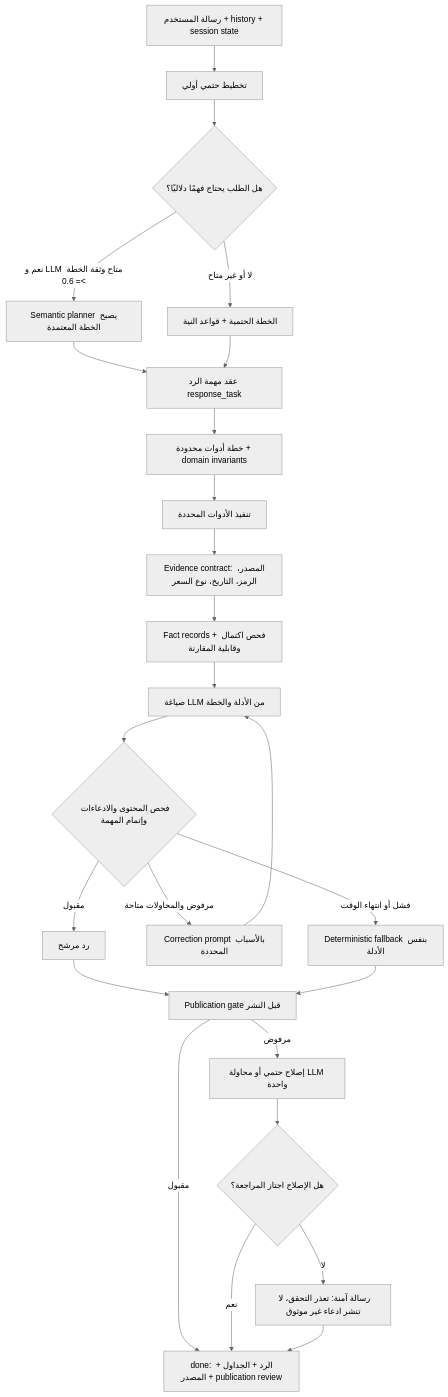
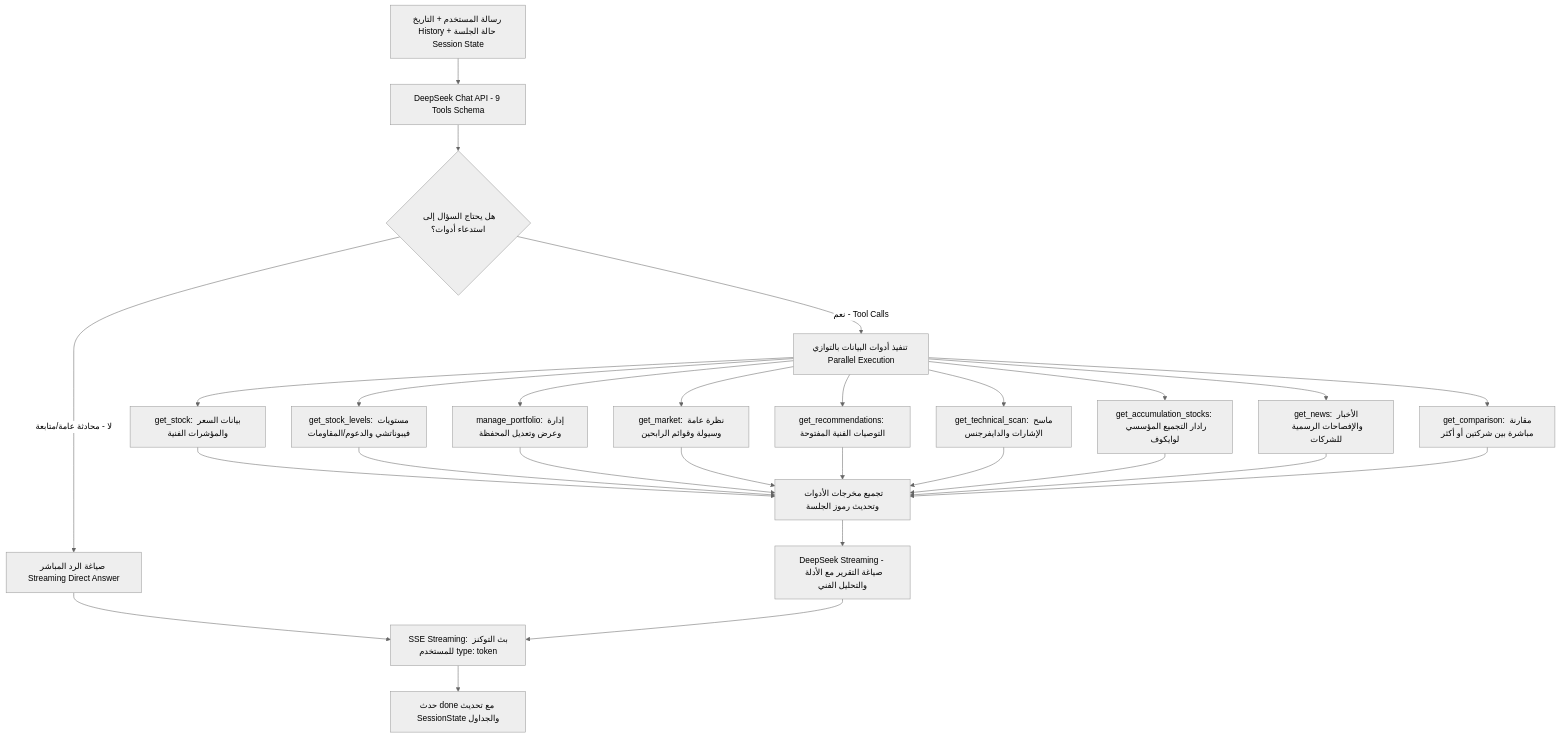
Before and after one commit to weeasd57/stokscan_AI: the diagram in docs/chatbot-current-architecture.md, drawn with Mermaid (neutral theme). The commit also changed other lines of this file and 3 other files, not shown here.

Commit message:
docs: document LLM-driven Agentic Chat Architecture in AGENTS.md and docs

````diff
--- a/docs/chatbot-current-architecture.md
+++ b/docs/chatbot-current-architecture.md
@@ -12,27 +10,20 @@
 ```mermaid
 flowchart TD
-    A[رسالة المستخدم + history + session state] --> B0[تخطيط حتمي أولي]
-    B0 --> B1{هل الطلب يحتاج فهمًا دلاليًا؟}
-    B1 -->|نعم و LLM متاح وثقة الخطة >= 0.6| B2[Semantic planner يصبح الخطة المعتمدة]
-    B1 -->|لا أو غير متاح| B3[الخطة الحتمية + قواعد النية]
-    B2 --> C[عقد مهمة الرد response_task]
-    B3 --> C
-    C --> D[خطة أدوات محدودة + domain invariants]
-    D --> E[تنفيذ الأدوات المحددة]
-    E --> F[Evidence contract: المصدر، الرمز، التاريخ، نوع السعر]
-    F --> G[Fact records + فحص اكتمال وقابلية المقارنة]
-    G --> H[صياغة LLM من الأدلة والخطة]
-    H --> I{فحص المحتوى والادعاءات وإتمام المهمة}
-    I -->|مقبول| J[رد مرشح]
-    I -->|مرفوض والمحاولات متاحة| K[Correction prompt بالأسباب المحددة]
-    K --> H
-    I -->|فشل أو انتهاء الوقت| L[Deterministic fallback بنفس الأدلة]
-    J --> M[Publication gate قبل النشر]
-    L --> M
-    M -->|مقبول| N[done: الرد + الجداول + المصدر + publication review]
-    M -->|مرفوض| O[إصلاح حتمي أو محاولة LLM واحدة]
-    O --> P{هل الإصلاح اجتاز المراجعة؟}
-    P -->|نعم| N
-    P -->|لا| Q[رسالة آمنة: تعذر التحقق، لا تنشر ادعاء غير موثوق]
-    Q --> N
+    A[رسالة المستخدم + التاريخ History + حالة الجلسة Session State] --> B[DeepSeek Chat API - 9 Tools Schema]
+    B --> C{هل يحتاج السؤال إلى استدعاء أدوات؟}
+    C -->|نعم - Tool Calls| D[تنفيذ أدوات البيانات بالتوازي Parallel Execution]
+    C -->|لا - محادثة عامة/متابعة| E[صياغة الرد المباشر Streaming Direct Answer]
+    D --> D1[get_stock: بيانات السعر والمؤشرات الفنية]
+    D --> D2[get_stock_levels: مستويات فيبوناتشي والدعوم/المقاومات]
+    D --> D3[manage_portfolio: إدارة وعرض وتعديل المحفظة]
+    D --> D4[get_market: نظرة عامة وسيولة وقوائم الرابحين]
+    D --> D5[get_recommendations: التوصيات الفنية المفتوحة]
+    D --> D6[get_technical_scan: ماسح الإشارات والدايفرجنس]
+    D --> D7[get_accumulation_stocks: رادار التجميع المؤسسي لوايكوف]
+    D --> D8[get_news: الأخبار والإفصاحات الرسمية للشركات]
+    D --> D9[get_comparison: مقارنة مباشرة بين شركتين أو أكثر]
+    D1 & D2 & D3 & D4 & D5 & D6 & D7 & D8 & D9 --> F[تجميع مخرجات الأدوات وتحديث رموز الجلسة]
+    F --> G[DeepSeek Streaming - صياغة التقرير مع الأدلة والتحليل الفني]
+    E & G --> H[SSE Streaming: بث التوكنز للمستخدم type: token]
+    H --> I[حدث done مع تحديث SessionState والجداول]
 ```
````
